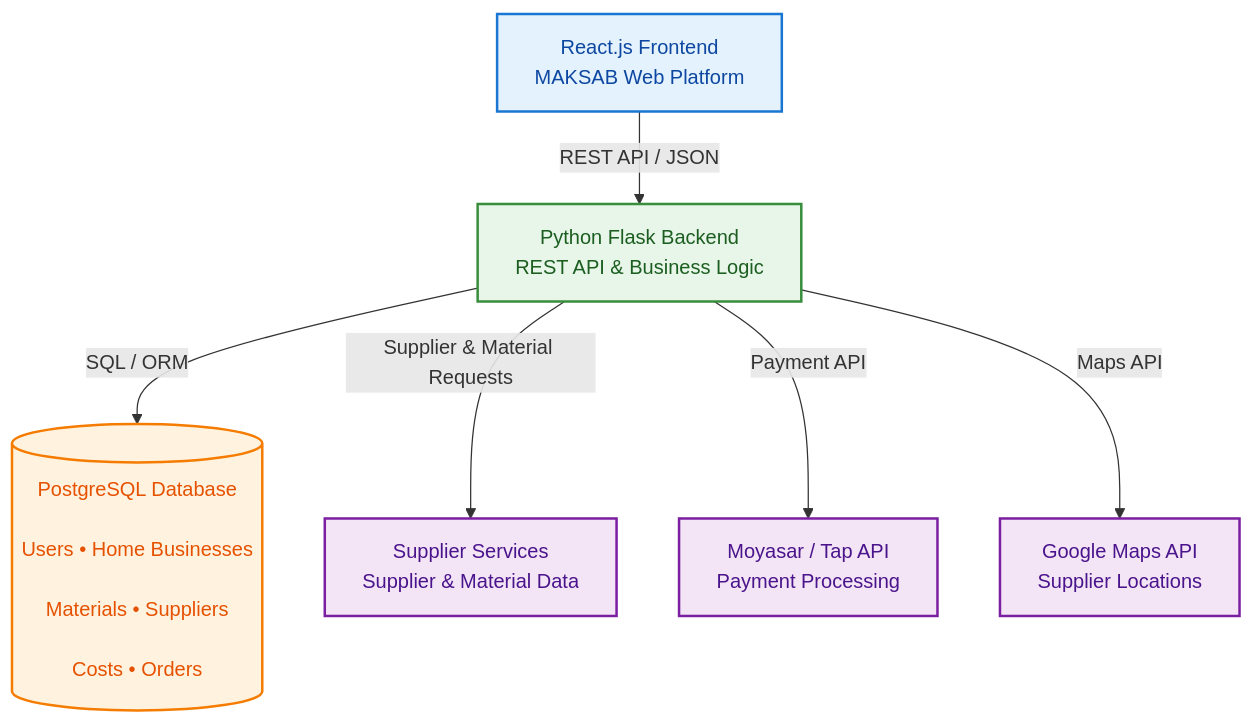
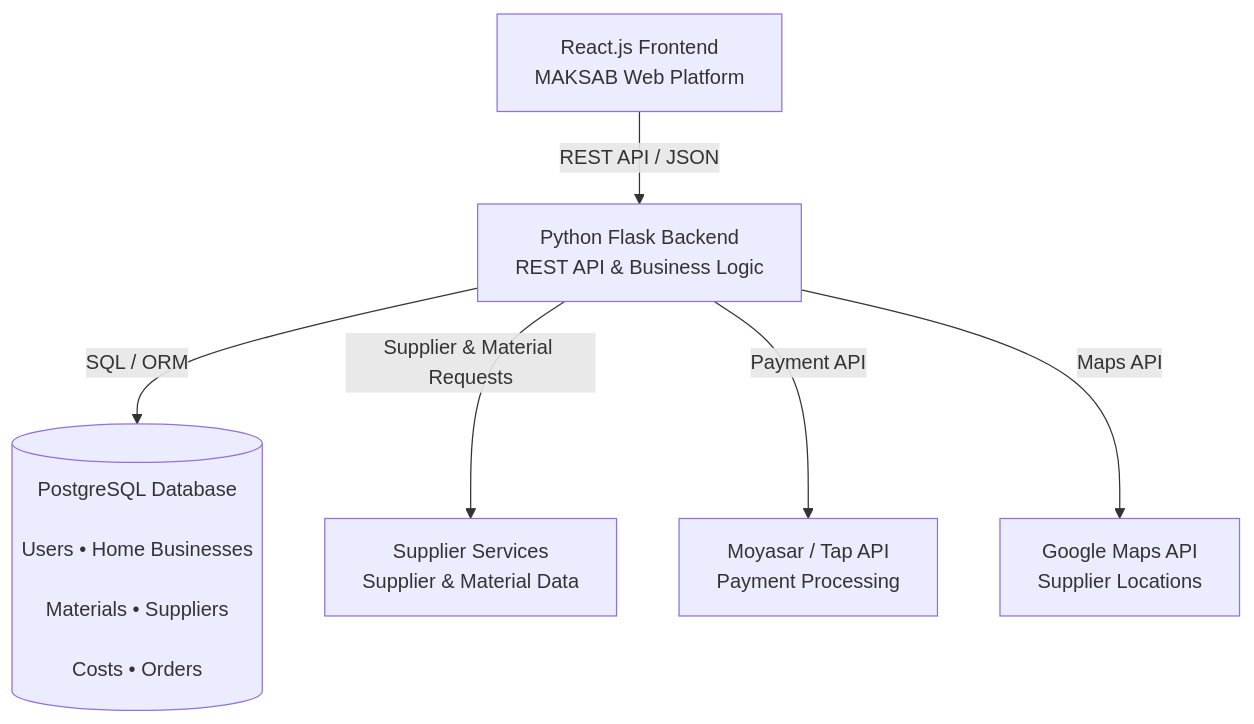
Before and after one commit to Ryma976/Portfolio_Project: the second of 3 diagrams in Stage3/README.md, drawn with Mermaid.

Commit message:
Remove class definitions from README
Removed class definitions for frontend, backend, database, and external.

````diff
--- a/Stage3/README.md
+++ b/Stage3/README.md
@@ -83,38 +83,35 @@
 ```mermaid
 flowchart TB
 
     A[" React.js Frontend<br/>MAKSAB Web Platform"]
 
     B[" Python Flask Backend<br/>REST API & Business Logic"]
 
     C[(" PostgreSQL Database<br/>
     Users • Home Businesses<br/>
     Materials • Suppliers<br/>
     Costs • Orders")]
 
     D[" Supplier Services<br/>Supplier & Material Data"]
 
     E[" Moyasar / Tap API<br/>Payment Processing"]
 
     F[" Google Maps API<br/>Supplier Locations"]
 
     A -->|"REST API / JSON"| B
 
     B -->|"SQL / ORM"| C
 
     B -->|"Supplier & Material Requests"| D
 
     B -->|"Payment API"| E
 
     B -->|"Maps API"| F
 
-    classDef frontend fill:#E3F2FD,stroke:#1976D2,stroke-width:2px,color:#0D47A1
-    classDef backend fill:#E8F5E9,stroke:#388E3C,stroke-width:2px,color:#1B5E20
-    classDef database fill:#FFF3E0,stroke:#F57C00,stroke-width:2px,color:#E65100
-    classDef external fill:#F3E5F5,stroke:#7B1FA2,stroke-width:2px,color:#4A148C
+    
 
     class A frontend
     class B backend
     class C database
     class D,E,F external
 ```
````
